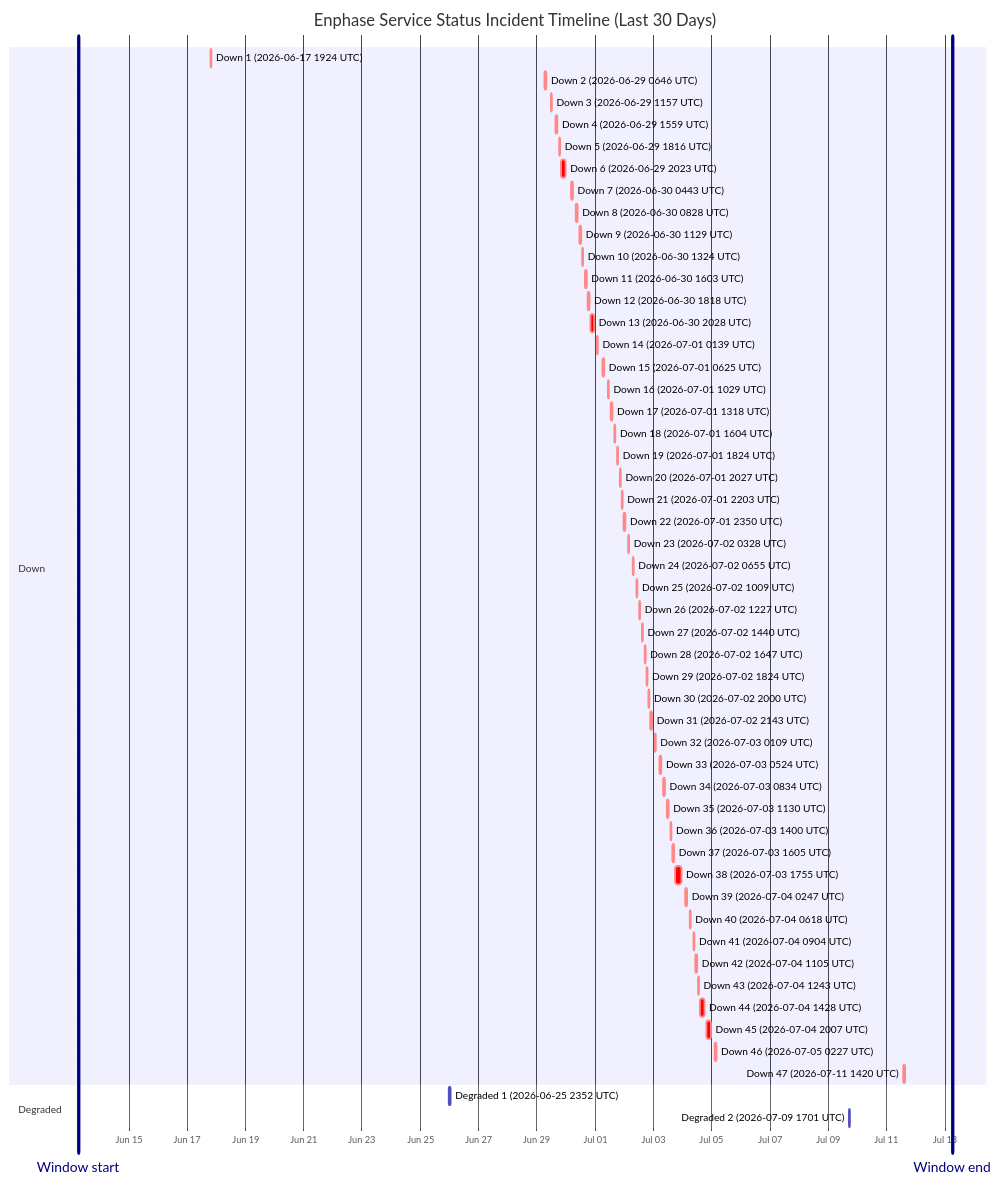
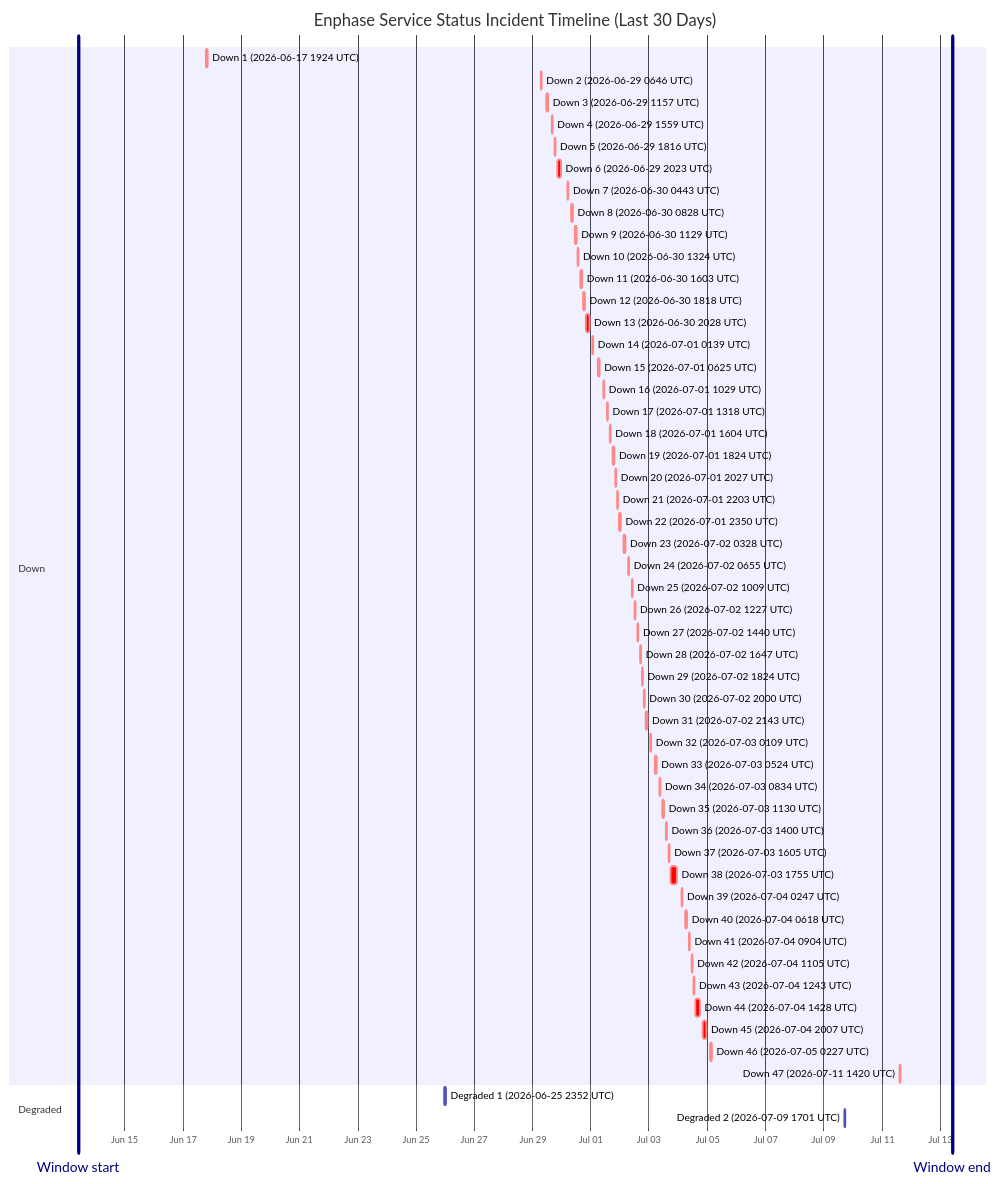
The diagram in wiki/Service-Status-History.md (barneyonline/ha-enphase-energy), drawn with Mermaid before and after one commit. The commit also changed other lines of this file and 3 other files, not shown here.

````diff
--- a/wiki/Service-Status-History.md
+++ b/wiki/Service-Status-History.md
@@ -14,59 +14,59 @@
 ```mermaid
 gantt
     title Enphase Service Status Incident Timeline (Last 30 Days)
     dateFormat  YYYY-MM-DDTHH:mm:ss
     axisFormat  %b %d
-    Window start :vert, window-start, 2026-06-13T06:16:12, 0ms
-    Window end :vert, window-end, 2026-07-13T06:16:12, 0ms
+    Window start :vert, window-start, 2026-06-13T09:52:57, 0ms
+    Window end :vert, window-end, 2026-07-13T09:52:57, 0ms
     section Down
     Down 1 (2026-06-17 1924 UTC) :crit, down-1, 2026-06-17T19:24:51, 60m
     Down 2 (2026-06-29 0646 UTC) :crit, down-2, 2026-06-29T06:46:18, 60m
     Down 3 (2026-06-29 1157 UTC) :crit, down-3, 2026-06-29T11:57:36, 60m
     Down 4 (2026-06-29 1559 UTC) :crit, down-4, 2026-06-29T15:59:02, 60m
     Down 5 (2026-06-29 1816 UTC) :crit, down-5, 2026-06-29T18:16:38, 60m
     Down 6 (2026-06-29 2023 UTC) :crit, down-6, 2026-06-29T20:23:16, 220m
     Down 7 (2026-06-30 0443 UTC) :crit, down-7, 2026-06-30T04:43:54, 60m
     Down 8 (2026-06-30 0828 UTC) :crit, down-8, 2026-06-30T08:28:43, 60m
     Down 9 (2026-06-30 1129 UTC) :crit, down-9, 2026-06-30T11:29:15, 60m
     Down 10 (2026-06-30 1324 UTC) :crit, down-10, 2026-06-30T13:24:25, 60m
     Down 11 (2026-06-30 1603 UTC) :crit, down-11, 2026-06-30T16:03:26, 60m
     Down 12 (2026-06-30 1818 UTC) :crit, down-12, 2026-06-30T18:18:39, 60m
     Down 13 (2026-06-30 2028 UTC) :crit, down-13, 2026-06-30T20:28:54, 171m
     Down 14 (2026-07-01 0139 UTC) :crit, down-14, 2026-07-01T01:39:18, 60m
     Down 15 (2026-07-01 0625 UTC) :crit, down-15, 2026-07-01T06:25:35, 60m
     Down 16 (2026-07-01 1029 UTC) :crit, down-16, 2026-07-01T10:29:24, 60m
     Down 17 (2026-07-01 1318 UTC) :crit, down-17, 2026-07-01T13:18:31, 60m
     Down 18 (2026-07-01 1604 UTC) :crit, down-18, 2026-07-01T16:04:29, 60m
     Down 19 (2026-07-01 1824 UTC) :crit, down-19, 2026-07-01T18:24:21, 60m
     Down 20 (2026-07-01 2027 UTC) :crit, down-20, 2026-07-01T20:27:17, 60m
     Down 21 (2026-07-01 2203 UTC) :crit, down-21, 2026-07-01T22:03:46, 60m
     Down 22 (2026-07-01 2350 UTC) :crit, down-22, 2026-07-01T23:50:52, 60m
     Down 23 (2026-07-02 0328 UTC) :crit, down-23, 2026-07-02T03:28:33, 60m
     Down 24 (2026-07-02 0655 UTC) :crit, down-24, 2026-07-02T06:55:07, 60m
     Down 25 (2026-07-02 1009 UTC) :crit, down-25, 2026-07-02T10:09:15, 60m
     Down 26 (2026-07-02 1227 UTC) :crit, down-26, 2026-07-02T12:27:49, 60m
     Down 27 (2026-07-02 1440 UTC) :crit, down-27, 2026-07-02T14:40:53, 60m
     Down 28 (2026-07-02 1647 UTC) :crit, down-28, 2026-07-02T16:47:47, 60m
     Down 29 (2026-07-02 1824 UTC) :crit, down-29, 2026-07-02T18:24:26, 60m
     Down 30 (2026-07-02 2000 UTC) :crit, down-30, 2026-07-02T20:00:57, 60m
     Down 31 (2026-07-02 2143 UTC) :crit, down-31, 2026-07-02T21:43:52, 80m
     Down 32 (2026-07-03 0109 UTC) :crit, down-32, 2026-07-03T01:09:19, 60m
     Down 33 (2026-07-03 0524 UTC) :crit, down-33, 2026-07-03T05:24:23, 60m
     Down 34 (2026-07-03 0834 UTC) :crit, down-34, 2026-07-03T08:34:05, 60m
     Down 35 (2026-07-03 1130 UTC) :crit, down-35, 2026-07-03T11:30:41, 60m
     Down 36 (2026-07-03 1400 UTC) :crit, down-36, 2026-07-03T14:00:48, 60m
     Down 37 (2026-07-03 1605 UTC) :crit, down-37, 2026-07-03T16:05:49, 60m
     Down 38 (2026-07-03 1755 UTC) :crit, down-38, 2026-07-03T17:55:54, 338m
     Down 39 (2026-07-04 0247 UTC) :crit, down-39, 2026-07-04T02:47:22, 60m
     Down 40 (2026-07-04 0618 UTC) :crit, down-40, 2026-07-04T06:18:09, 60m
     Down 41 (2026-07-04 0904 UTC) :crit, down-41, 2026-07-04T09:04:41, 60m
     Down 42 (2026-07-04 1105 UTC) :crit, down-42, 2026-07-04T11:05:21, 60m
     Down 43 (2026-07-04 1243 UTC) :crit, down-43, 2026-07-04T12:43:25, 60m
     Down 44 (2026-07-04 1428 UTC) :crit, down-44, 2026-07-04T14:28:07, 243m
     Down 45 (2026-07-04 2007 UTC) :crit, down-45, 2026-07-04T20:07:50, 206m
     Down 46 (2026-07-05 0227 UTC) :crit, down-46, 2026-07-05T02:27:32, 109m
     Down 47 (2026-07-11 1420 UTC) :crit, down-47, 2026-07-11T14:20:54, 69m
     section Degraded
     Degraded 1 (2026-06-25 2352 UTC) :active, degraded-1, 2026-06-25T23:52:01, 60m
     Degraded 2 (2026-07-09 1701 UTC) :active, degraded-2, 2026-07-09T17:01:02, 60m
 ```
````
